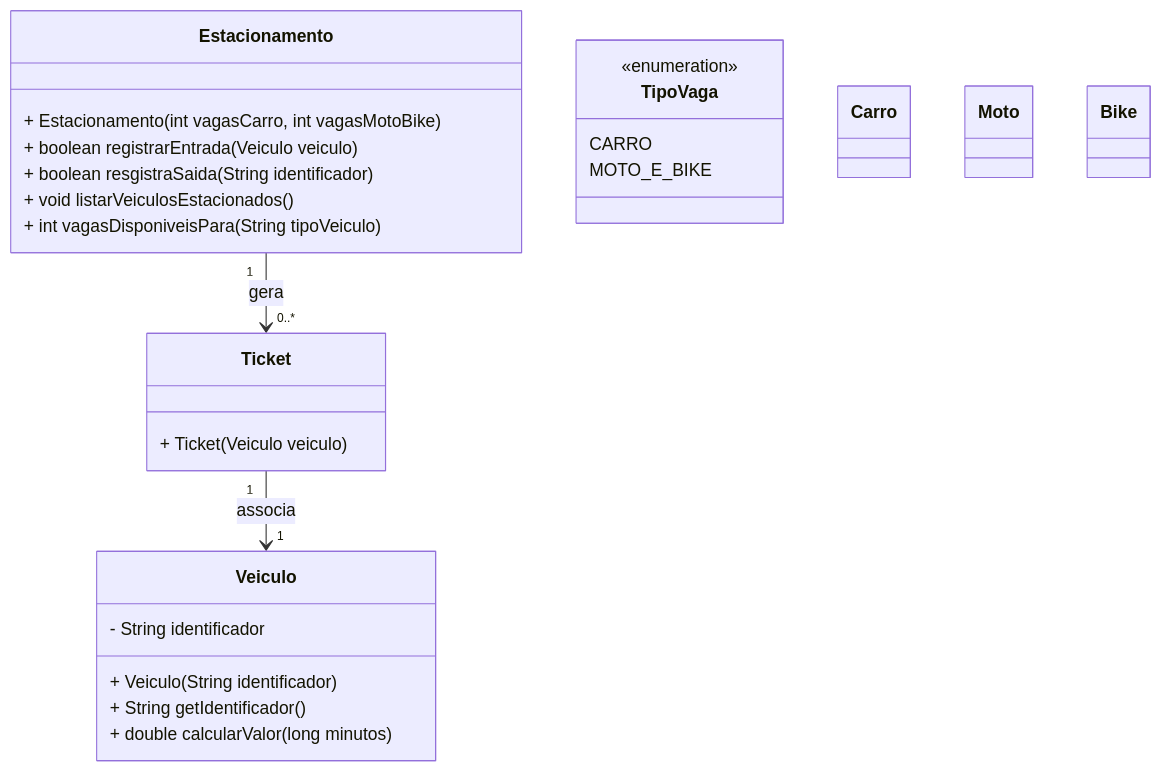
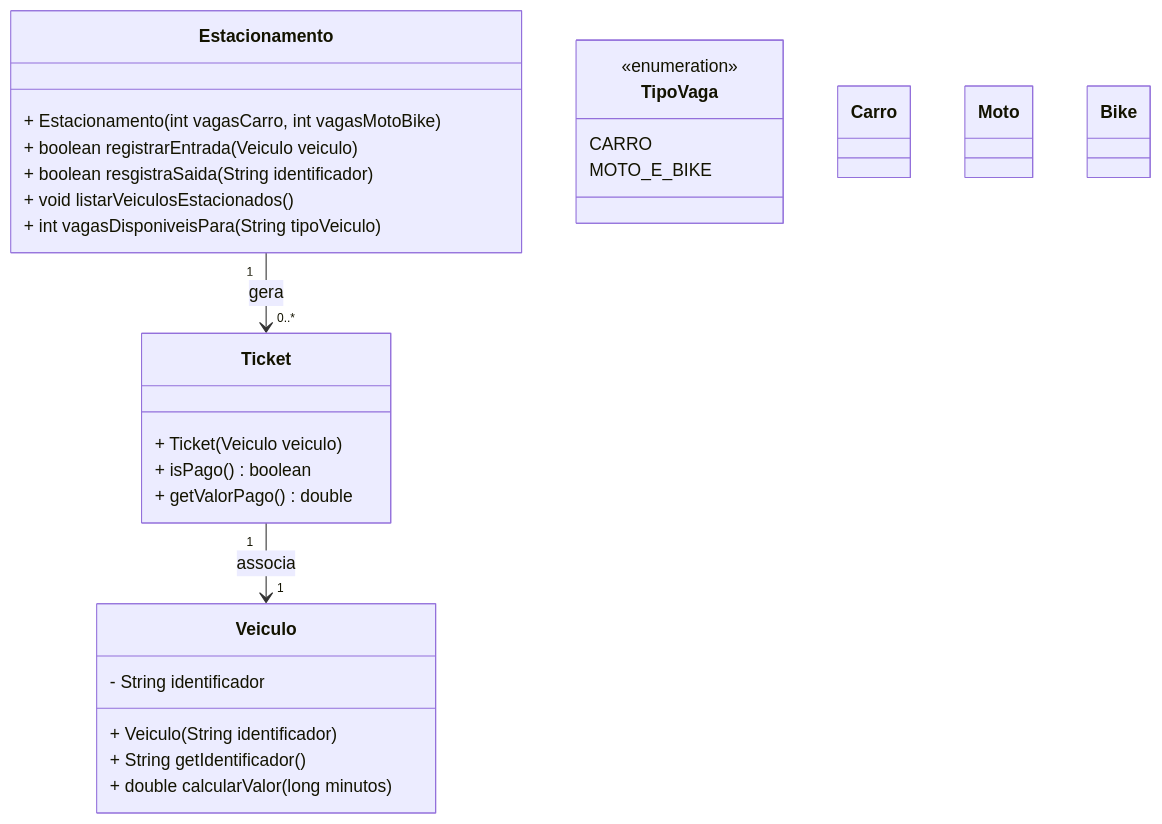
Before and after one commit to profBruno-UFC-Qx/Estacionamento: the diagram in README.md, drawn with Mermaid. The commit also changed 9 other files, not shown here.

````diff
--- a/README.md
+++ b/README.md
@@ -62,40 +62,42 @@
 ```mermaid
 classDiagram
 class Estacionamento {
 + Estacionamento(int vagasCarro, int vagasMotoBike)
 + boolean registrarEntrada(Veiculo veiculo)
 + boolean resgistraSaida(String identificador)
 + void listarVeiculosEstacionados()
 + int vagasDisponiveisPara(String tipoVeiculo)
 }
 
     class Ticket {
         + Ticket(Veiculo veiculo)
+        + isPago() boolean
+        + getValorPago() double
     }
     
 
     class Veiculo {
         - String identificador
         + Veiculo(String identificador)
         + String getIdentificador()
         + double calcularValor(long minutos)
     }
     
     class TipoVaga {
         <<enumeration>>
         CARRO
         MOTO_E_BIKE
     } 
 
     class Carro {
     }
 
     class Moto {
     }
 
     class Bike {
     }
 
     Estacionamento "1" --> "0..*" Ticket : gera
     Ticket "1" --> "1" Veiculo : associa
 ```
````
